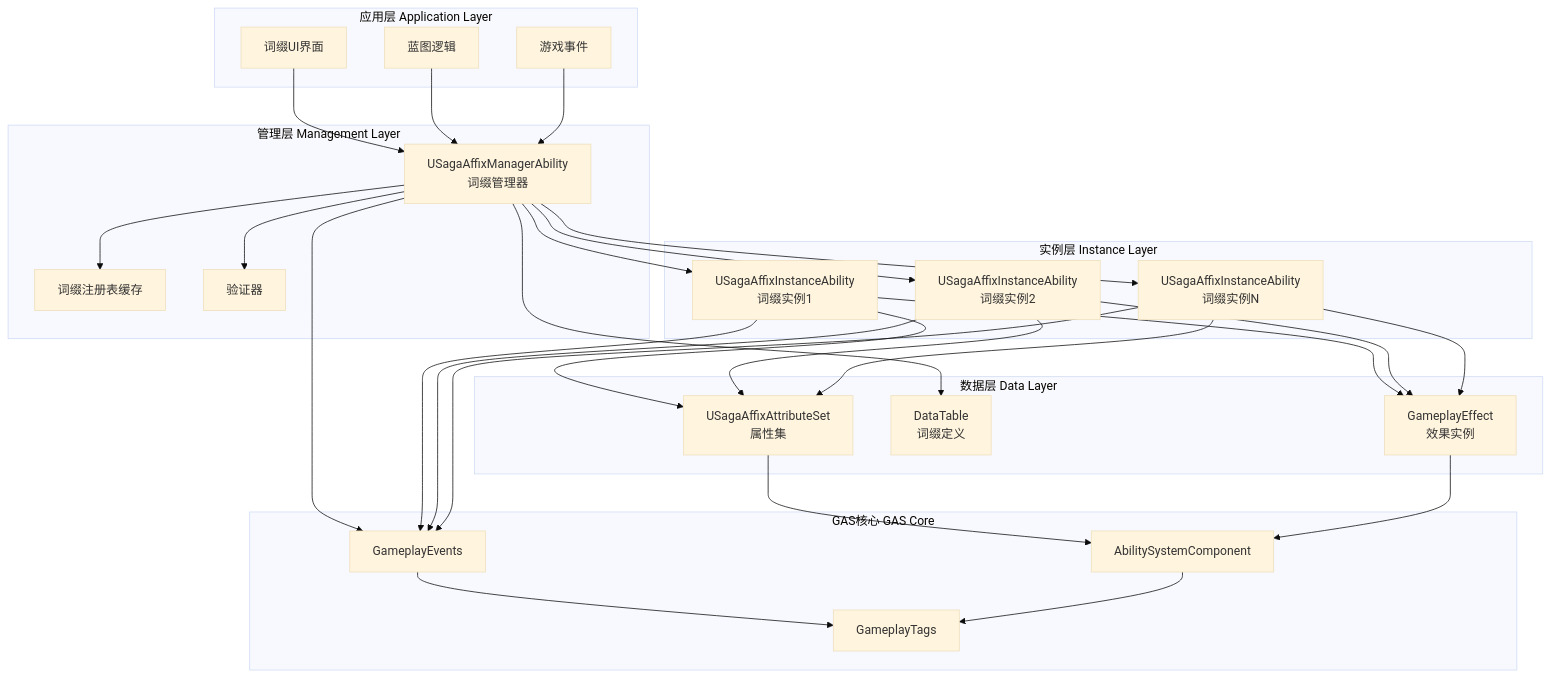
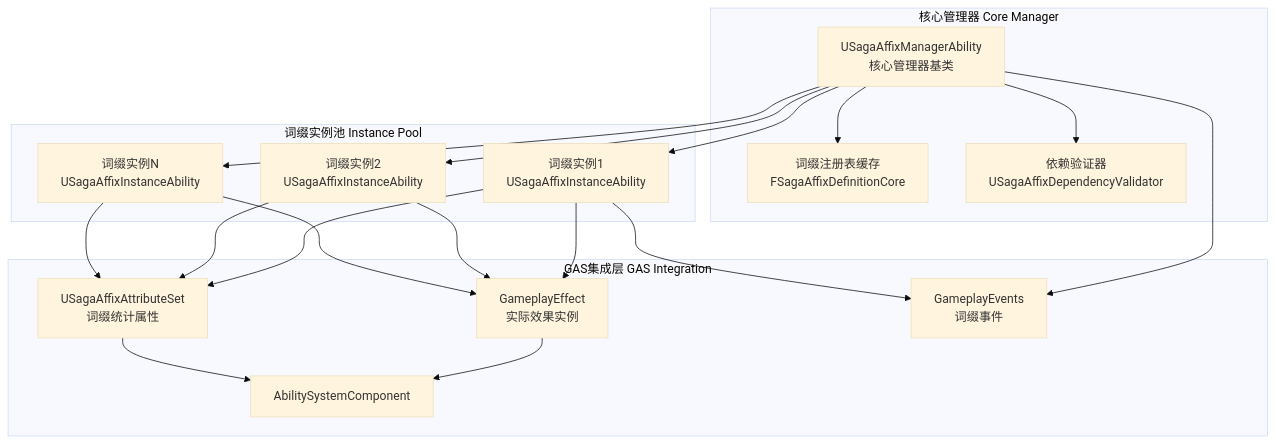
The second of 19 diagrams in docs/SagaAffix词缀系统程序设计文档.md (ZiJinZiMing/SagaStats), drawn with Mermaid (base theme) before and after one commit. The commit also changed other lines of this file and 7 other files, not shown here.

````diff
--- a/docs/SagaAffix词缀系统程序设计文档.md
+++ b/docs/SagaAffix词缀系统程序设计文档.md
@@ -332,62 +596,40 @@
 ```mermaid
 graph TB
-    subgraph "应用层 Application Layer"
-        UI[词缀UI界面]
-        BP[蓝图逻辑]
-        Event[游戏事件]
+    subgraph "核心管理器 Core Manager"
+        Manager[USagaAffixManagerAbility<br/>核心管理器基类]
+        Registry[词缀注册表缓存<br/>FSagaAffixDefinitionCore]
+        Validator[依赖验证器<br/>USagaAffixDependencyValidator]
     end
     
-    subgraph "管理层 Management Layer"
-        Manager[USagaAffixManagerAbility<br/>词缀管理器]
-        Registry[词缀注册表缓存]
-        Validator[验证器]
+    subgraph "词缀实例池 Instance Pool"
+        Instance1[词缀实例1<br/>USagaAffixInstanceAbility]
+        Instance2[词缀实例2<br/>USagaAffixInstanceAbility]
+        InstanceN[词缀实例N<br/>USagaAffixInstanceAbility]
     end
     
-    subgraph "实例层 Instance Layer"
-        Instance1[USagaAffixInstanceAbility<br/>词缀实例1]
-        Instance2[USagaAffixInstanceAbility<br/>词缀实例2]
-        InstanceN[USagaAffixInstanceAbility<br/>词缀实例N]
+    subgraph "GAS集成层 GAS Integration"
+        ASC[AbilitySystemComponent]
+        AttributeSet[USagaAffixAttributeSet<br/>词缀统计属性]
+        GameplayEffect[GameplayEffect<br/>实际效果实例]
+        Events[GameplayEvents<br/>词缀事件]
     end
-    
-    subgraph "数据层 Data Layer"
-        AttributeSet[USagaAffixAttributeSet<br/>属性集]
-        DataTable[DataTable<br/>词缀定义]
-        GameplayEffect[GameplayEffect<br/>效果实例]
-    end
-    
-    subgraph "GAS核心 GAS Core"
-        ASC[AbilitySystemComponent]
-        GAS_Events[GameplayEvents]
-        GAS_Tags[GameplayTags]
-    end
-    
-    UI --> Manager
-    BP --> Manager
-    Event --> Manager
     
     Manager --> Registry
     Manager --> Validator
     Manager --> Instance1
     Manager --> Instance2
     Manager --> InstanceN
     
+    Instance1 --> GameplayEffect
+    Instance2 --> GameplayEffect
+    InstanceN --> GameplayEffect
+    
     Instance1 --> AttributeSet
     Instance2 --> AttributeSet
     InstanceN --> AttributeSet
     
-    Instance1 --> GameplayEffect
-    Instance2 --> GameplayEffect
-    InstanceN --> GameplayEffect
-    
-    Manager --> DataTable
+    GameplayEffect --> ASC
     AttributeSet --> ASC
-    GameplayEffect --> ASC
-    
-    Manager --> GAS_Events
-    Instance1 --> GAS_Events
-    Instance2 --> GAS_Events
-    InstanceN --> GAS_Events
-    
-    GAS_Events --> GAS_Tags
-    ASC --> GAS_Tags
+    Manager --> Events
+    Instance1 --> Events
 ```
````
